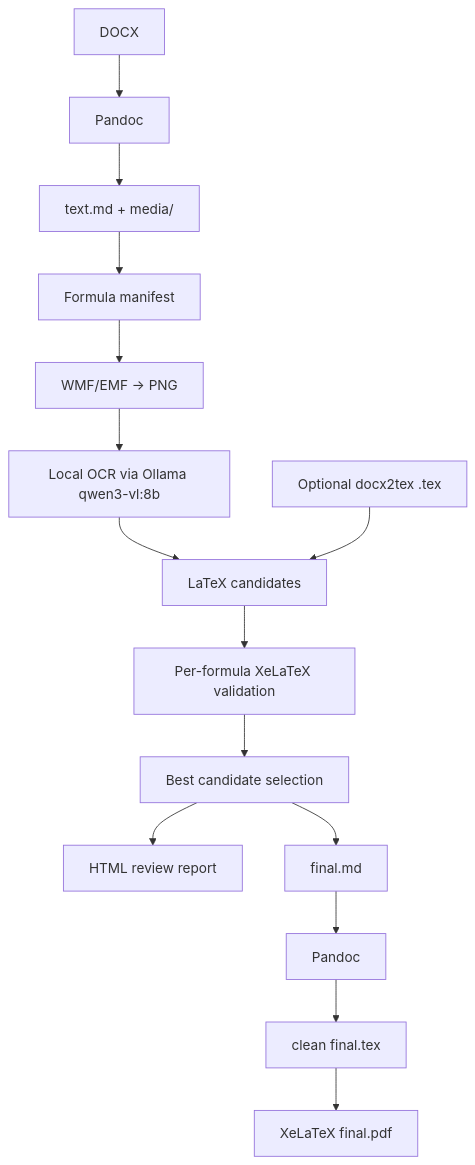
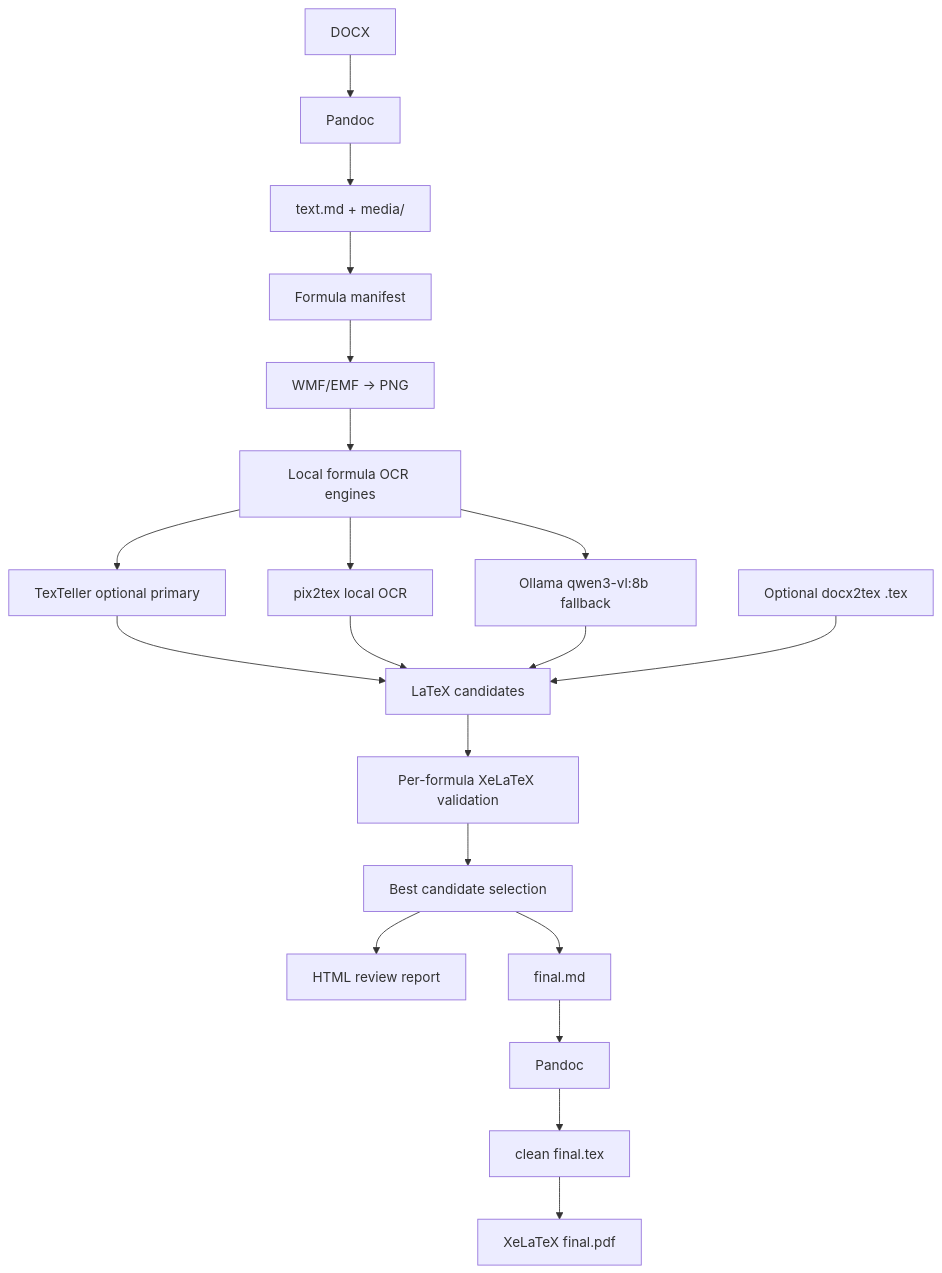
One commit to gerageragera39/dotex changed the diagram in README.md. Above: the diagram before and after it, drawn with Mermaid. The commit also changed other lines of this file and 12 other files, not shown here.

Commit message:
pix2tex and texteller

````diff
--- a/README.md
+++ b/README.md
@@ -86,17 +86,22 @@
 ```mermaid
 flowchart TD
     A[DOCX] --> B[Pandoc]
     B --> C[text.md + media/]
     C --> D[Formula manifest]
     D --> E[WMF/EMF → PNG]
-    E --> F[Local OCR via Ollama qwen3-vl:8b]
-    F --> G[LaTeX candidates]
+    E --> F[Local formula OCR engines]
+    F --> F1[TexTeller optional primary]
+    F --> F2[pix2tex local OCR]
+    F --> F3[Ollama qwen3-vl:8b fallback]
+    F1 --> G[LaTeX candidates]
+    F2 --> G
+    F3 --> G
     H[Optional docx2tex .tex] --> G
     G --> I[Per-formula XeLaTeX validation]
     I --> J[Best candidate selection]
     J --> K[HTML review report]
     J --> L[final.md]
     L --> M[Pandoc]
     M --> N[clean final.tex]
     N --> O[XeLaTeX final.pdf]
 ```
````
